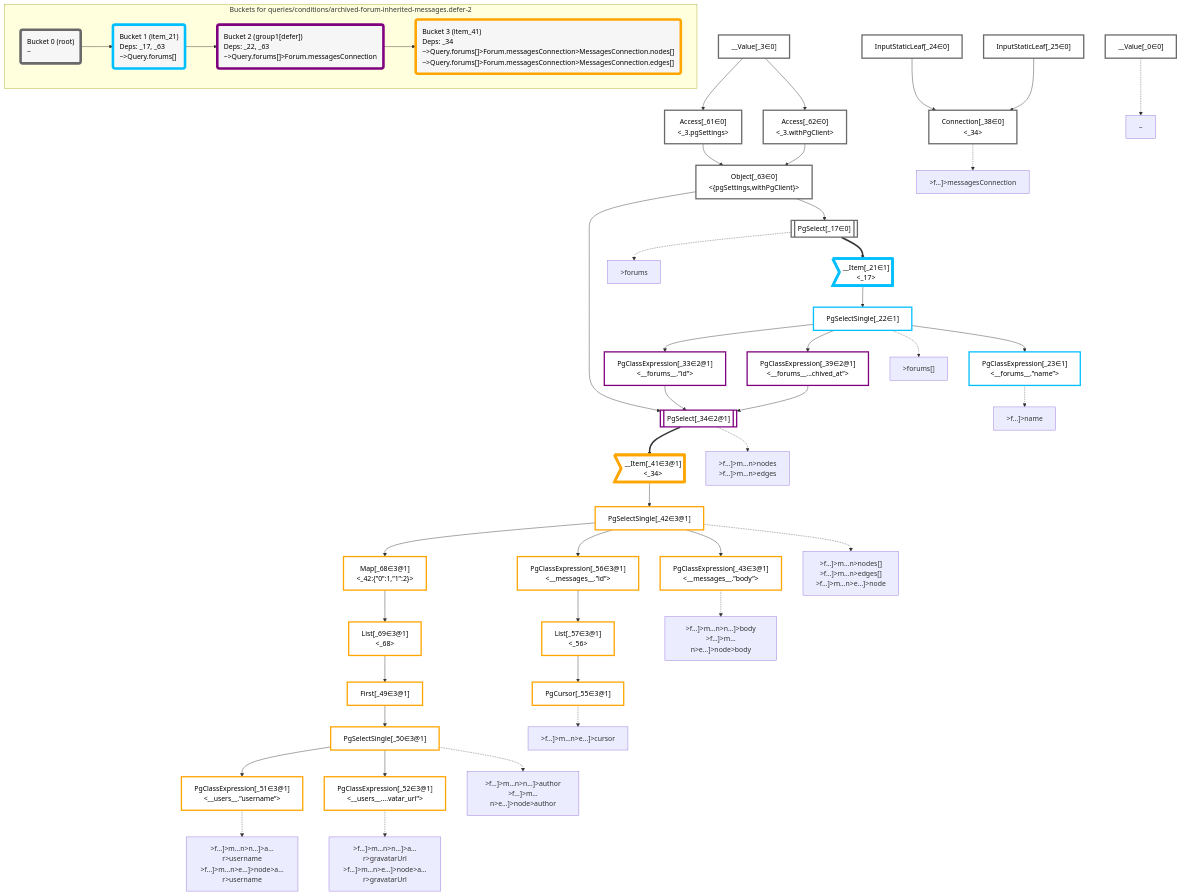
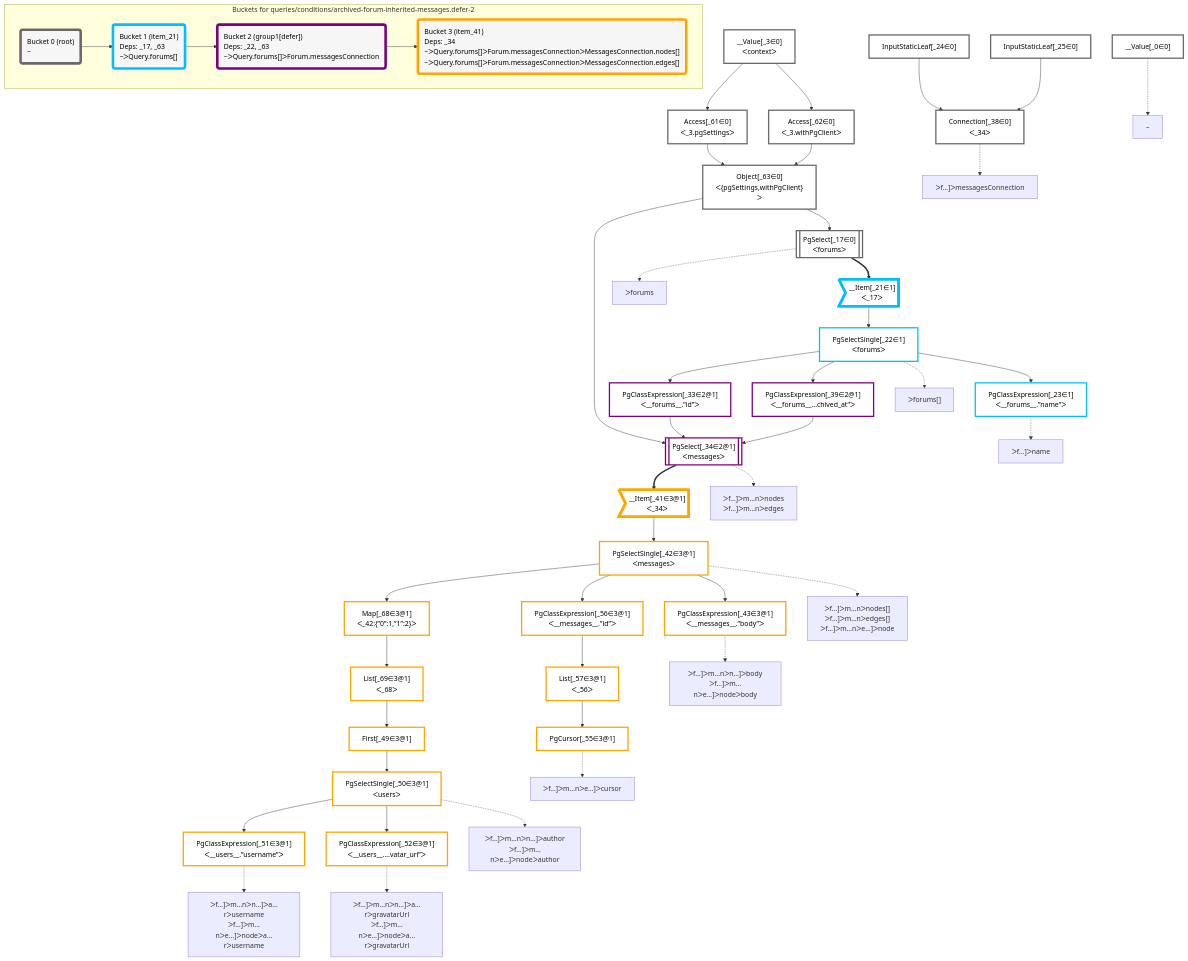
One commit to graphile/crystal changed the diagram in packages/dataplan-pg/__tests__/queries/conditions/archived-forum-inherited-messages.defer-2.mermaid.md. Above: the diagram before and after it, drawn with Mermaid. The commit also changed 195 other files, not shown here.

```diff
--- a/packages/dataplan-pg/__tests__/queries/conditions/archived-forum-inherited-messages.defer-2.mermaid.md
+++ b/packages/dataplan-pg/__tests__/queries/conditions/archived-forum-inherited-messages.defer-2.mermaid.md
@@ -9,32 +9,32 @@
 
     %% define plans
     __Value_0["__Value[_0∈0]"]:::plan
-    __Value_3["__Value[_3∈0]<br /><context>"]:::plan
-    PgSelect_17[["PgSelect[_17∈0]<br /><forums>"]]:::plan
-    __Item_21>"__Item[_21∈1]<br /><_17>"]:::itemplan
-    PgSelectSingle_22["PgSelectSingle[_22∈1]<br /><forums>"]:::plan
-    PgClassExpression_23["PgClassExpression[_23∈1]<br /><__forums__.”name”>"]:::plan
+    __Value_3["__Value[_3∈0]<br />ᐸcontextᐳ"]:::plan
+    PgSelect_17[["PgSelect[_17∈0]<br />ᐸforumsᐳ"]]:::plan
+    __Item_21>"__Item[_21∈1]<br />ᐸ_17ᐳ"]:::itemplan
+    PgSelectSingle_22["PgSelectSingle[_22∈1]<br />ᐸforumsᐳ"]:::plan
+    PgClassExpression_23["PgClassExpression[_23∈1]<br />ᐸ__forums__.”name”ᐳ"]:::plan
     InputStaticLeaf_24["InputStaticLeaf[_24∈0]"]:::plan
     InputStaticLeaf_25["InputStaticLeaf[_25∈0]"]:::plan
-    PgClassExpression_33["PgClassExpression[_33∈2@1]<br /><__forums__.”id”>"]:::plan
-    PgSelect_34[["PgSelect[_34∈2@1]<br /><messages>"]]:::plan
-    Connection_38["Connection[_38∈0]<br /><_34>"]:::plan
-    PgClassExpression_39["PgClassExpression[_39∈2@1]<br /><__forums__...chived_at”>"]:::plan
-    __Item_41>"__Item[_41∈3@1]<br /><_34>"]:::itemplan
-    PgSelectSingle_42["PgSelectSingle[_42∈3@1]<br /><messages>"]:::plan
-    PgClassExpression_43["PgClassExpression[_43∈3@1]<br /><__messages__.”body”>"]:::plan
+    PgClassExpression_33["PgClassExpression[_33∈2@1]<br />ᐸ__forums__.”id”ᐳ"]:::plan
+    PgSelect_34[["PgSelect[_34∈2@1]<br />ᐸmessagesᐳ"]]:::plan
+    Connection_38["Connection[_38∈0]<br />ᐸ_34ᐳ"]:::plan
+    PgClassExpression_39["PgClassExpression[_39∈2@1]<br />ᐸ__forums__...chived_at”ᐳ"]:::plan
+    __Item_41>"__Item[_41∈3@1]<br />ᐸ_34ᐳ"]:::itemplan
+    PgSelectSingle_42["PgSelectSingle[_42∈3@1]<br />ᐸmessagesᐳ"]:::plan
+    PgClassExpression_43["PgClassExpression[_43∈3@1]<br />ᐸ__messages__.”body”ᐳ"]:::plan
     First_49["First[_49∈3@1]"]:::plan
-    PgSelectSingle_50["PgSelectSingle[_50∈3@1]<br /><users>"]:::plan
-    PgClassExpression_51["PgClassExpression[_51∈3@1]<br /><__users__.”username”>"]:::plan
-    PgClassExpression_52["PgClassExpression[_52∈3@1]<br /><__users__....vatar_url”>"]:::plan
+    PgSelectSingle_50["PgSelectSingle[_50∈3@1]<br />ᐸusersᐳ"]:::plan
+    PgClassExpression_51["PgClassExpression[_51∈3@1]<br />ᐸ__users__.”username”ᐳ"]:::plan
+    PgClassExpression_52["PgClassExpression[_52∈3@1]<br />ᐸ__users__....vatar_url”ᐳ"]:::plan
     PgCursor_55["PgCursor[_55∈3@1]"]:::plan
-    PgClassExpression_56["PgClassExpression[_56∈3@1]<br /><__messages__.”id”>"]:::plan
-    List_57["List[_57∈3@1]<br /><_56>"]:::plan
-    Access_61["Access[_61∈0]<br /><_3.pgSettings>"]:::plan
-    Access_62["Access[_62∈0]<br /><_3.withPgClient>"]:::plan
-    Object_63["Object[_63∈0]<br /><{pgSettings,withPgClient}>"]:::plan
-    Map_68["Map[_68∈3@1]<br /><_42:{”0”:1,”1”:2}>"]:::plan
-    List_69["List[_69∈3@1]<br /><_68>"]:::plan
+    PgClassExpression_56["PgClassExpression[_56∈3@1]<br />ᐸ__messages__.”id”ᐳ"]:::plan
+    List_57["List[_57∈3@1]<br />ᐸ_56ᐳ"]:::plan
+    Access_61["Access[_61∈0]<br />ᐸ_3.pgSettingsᐳ"]:::plan
+    Access_62["Access[_62∈0]<br />ᐸ_3.withPgClientᐳ"]:::plan
+    Object_63["Object[_63∈0]<br />ᐸ{pgSettings,withPgClient}ᐳ"]:::plan
+    Map_68["Map[_68∈3@1]<br />ᐸ_42:{”0”:1,”1”:2}ᐳ"]:::plan
+    List_69["List[_69∈3@1]<br />ᐸ_68ᐳ"]:::plan
 
     %% plan dependencies
     Object_63 --> PgSelect_17
@@ -68,27 +68,27 @@
     %% plan-to-path relationships
     P_0["~"]
     __Value_0 -.-> P_0
-    P_17[">forums"]
+    P_17["ᐳforums"]
     PgSelect_17 -.-> P_17
-    P_22[">forums[]"]
+    P_22["ᐳforums[]"]
     PgSelectSingle_22 -.-> P_22
-    P_23[">f…]>name"]
+    P_23["ᐳf…]ᐳname"]
     PgClassExpression_23 -.-> P_23
-    P_34[">f…]>m…n>nodes<br />>f…]>m…n>edges"]
+    P_34["ᐳf…]ᐳm…nᐳnodes<br />ᐳf…]ᐳm…nᐳedges"]
     PgSelect_34 -.-> P_34
-    P_38[">f…]>messagesConnection"]
+    P_38["ᐳf…]ᐳmessagesConnection"]
     Connection_38 -.-> P_38
-    P_42[">f…]>m…n>nodes[]<br />>f…]>m…n>edges[]<br />>f…]>m…n>e…]>node"]
+    P_42["ᐳf…]ᐳm…nᐳnodes[]<br />ᐳf…]ᐳm…nᐳedges[]<br />ᐳf…]ᐳm…nᐳe…]ᐳnode"]
     PgSelectSingle_42 -.-> P_42
-    P_43[">f…]>m…n>n…]>body<br />>f…]>m…n>e…]>node>body"]
+    P_43["ᐳf…]ᐳm…nᐳn…]ᐳbody<br />ᐳf…]ᐳm…nᐳe…]ᐳnodeᐳbody"]
     PgClassExpression_43 -.-> P_43
-    P_50[">f…]>m…n>n…]>author<br />>f…]>m…n>e…]>node>author"]
+    P_50["ᐳf…]ᐳm…nᐳn…]ᐳauthor<br />ᐳf…]ᐳm…nᐳe…]ᐳnodeᐳauthor"]
     PgSelectSingle_50 -.-> P_50
-    P_51[">f…]>m…n>n…]>a…r>username<br />>f…]>m…n>e…]>node>a…r>username"]
+    P_51["ᐳf…]ᐳm…nᐳn…]ᐳa…rᐳusername<br />ᐳf…]ᐳm…nᐳe…]ᐳnodeᐳa…rᐳusername"]
     PgClassExpression_51 -.-> P_51
-    P_52[">f…]>m…n>n…]>a…r>gravatarUrl<br />>f…]>m…n>e…]>node>a…r>gravatarUrl"]
+    P_52["ᐳf…]ᐳm…nᐳn…]ᐳa…rᐳgravatarUrl<br />ᐳf…]ᐳm…nᐳe…]ᐳnodeᐳa…rᐳgravatarUrl"]
     PgClassExpression_52 -.-> P_52
-    P_55[">f…]>m…n>e…]>cursor"]
+    P_55["ᐳf…]ᐳm…nᐳe…]ᐳcursor"]
     PgCursor_55 -.-> P_55
 
     %% allocate buckets
@@ -104,13 +104,13 @@
     subgraph "Buckets for queries/conditions/archived-forum-inherited-messages.defer-2"
     Bucket0("Bucket 0 (root)<br />~"):::bucket
     style Bucket0 stroke:#696969
-    Bucket1("Bucket 1 (item_21)<br />Deps: _17, _63<br />~>Query.forums[]"):::bucket
+    Bucket1("Bucket 1 (item_21)<br />Deps: _17, _63<br />~ᐳQuery.forums[]"):::bucket
     style Bucket1 stroke:#00bfff
     Bucket0 --> Bucket1
-    Bucket2("Bucket 2 (group1[defer])<br />Deps: _22, _63<br />~>Query.forums[]>Forum.messagesConnection"):::bucket
+    Bucket2("Bucket 2 (group1[defer])<br />Deps: _22, _63<br />~ᐳQuery.forums[]ᐳForum.messagesConnection"):::bucket
     style Bucket2 stroke:#7f007f
     Bucket1 --> Bucket2
-    Bucket3("Bucket 3 (item_41)<br />Deps: _34<br />~>Query.forums[]>Forum.messagesConnection>MessagesConnection.nodes[]<br />~>Query.forums[]>Forum.messagesConnection>MessagesConnection.edges[]"):::bucket
+    Bucket3("Bucket 3 (item_41)<br />Deps: _34<br />~ᐳQuery.forums[]ᐳForum.messagesConnectionᐳMessagesConnection.nodes[]<br />~ᐳQuery.forums[]ᐳForum.messagesConnectionᐳMessagesConnection.edges[]"):::bucket
     style Bucket3 stroke:#ffa500
     Bucket2 --> Bucket3
     end
```
